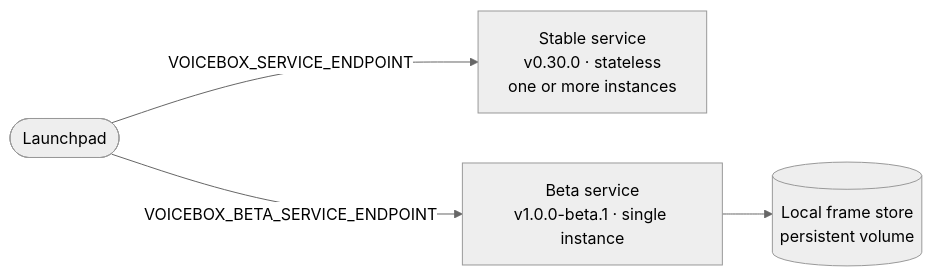
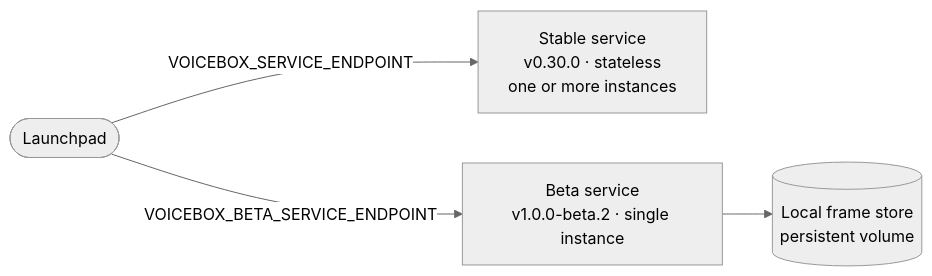
One commit to stardog-union/launchpad-docs changed the first of 2 diagrams in guides/voicebox-beta-deployment.md. Above: the diagram before and after it, drawn with Mermaid (neutral theme). The commit also changed other lines of this file and 2 other files, not shown here.

Commit message:
Add Voicebox Service v1.0.0-beta.2 release notes

````diff
--- a/guides/voicebox-beta-deployment.md
+++ b/guides/voicebox-beta-deployment.md
@@ -28,7 +28,7 @@
 ```mermaid
 flowchart LR
     LP([Launchpad])
     LP -->|VOICEBOX_SERVICE_ENDPOINT| ST["Stable service<br/>v0.30.0 · stateless<br/>one or more instances"]
-    LP -->|VOICEBOX_BETA_SERVICE_ENDPOINT| BE["Beta service<br/>v1.0.0-beta.1 · single instance"]
+    LP -->|VOICEBOX_BETA_SERVICE_ENDPOINT| BE["Beta service<br/>v1.0.0-beta.2 · single instance"]
     BE --> FS[("Local frame store<br/>persistent volume")]
 ```
````
